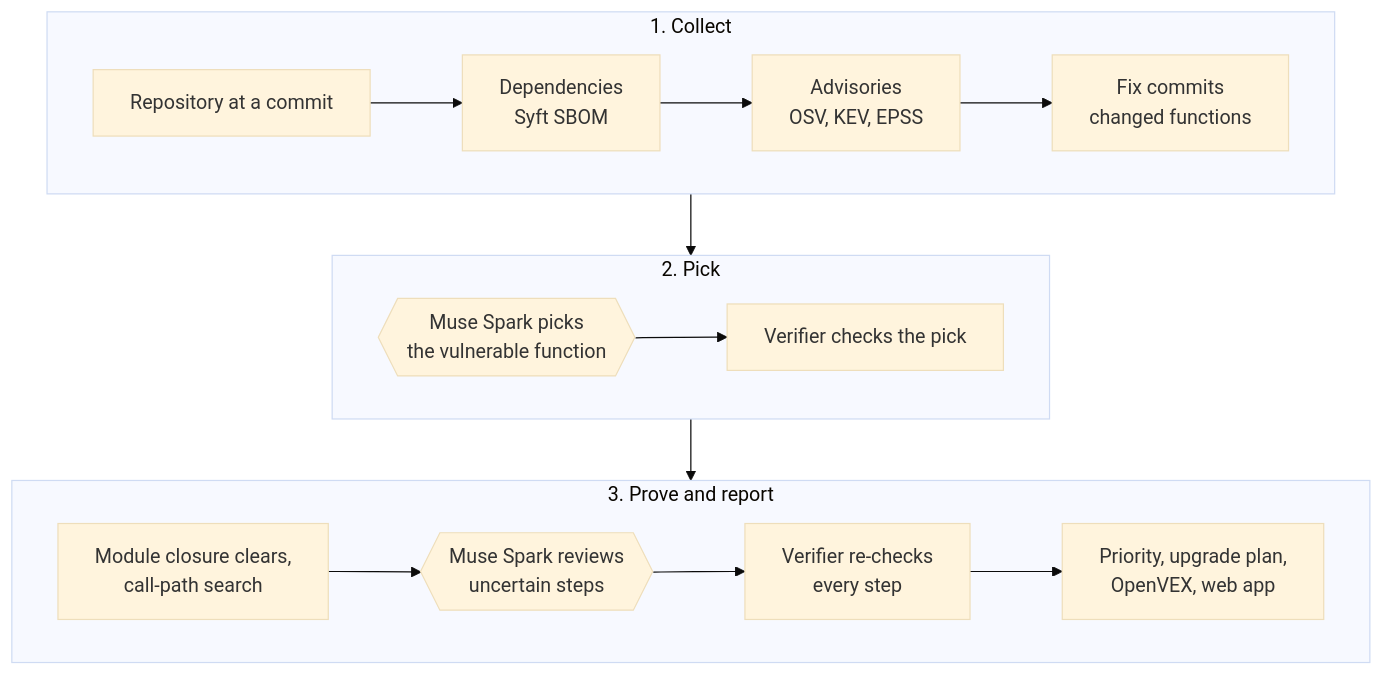
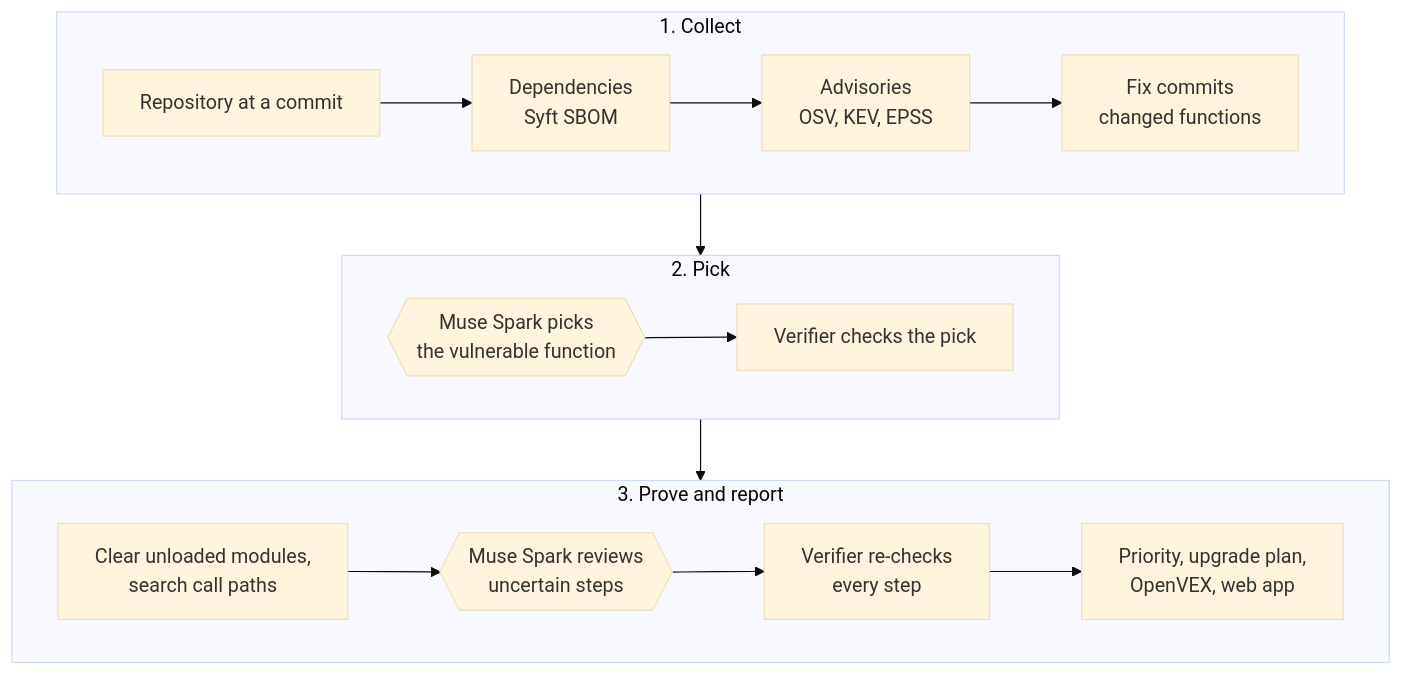
One commit to henrymbuguak/vexproof changed the diagram in README.md. Above: the diagram before and after it, drawn with Mermaid (base theme). The commit also changed other lines of this file and 1 other file, not shown here.

Commit message:
docs: README for judges; Muse Spark Open by default; stop tracking ad-hoc output

````diff
--- a/README.md
+++ b/README.md
@@ -62,16 +89,16 @@
 ```mermaid
 flowchart TB
     subgraph collect ["1. Collect"]
         direction LR
         A[Repository at a commit] --> B[Dependencies<br/>Syft SBOM] --> C[Advisories<br/>OSV, KEV, EPSS] --> D[Fix commits<br/>changed functions]
     end
     subgraph pick ["2. Pick"]
         direction LR
         E{{Muse Spark picks<br/>the vulnerable function}} --> F[Verifier checks the pick]
     end
     subgraph prove ["3. Prove and report"]
         direction LR
-        G[Module closure clears,<br/>call-path search] --> H{{Muse Spark reviews<br/>uncertain steps}} --> I[Verifier re-checks<br/>every step] --> J[Priority, upgrade plan,<br/>OpenVEX, web app]
+        G[Clear unloaded modules,<br/>search call paths] --> H{{Muse Spark reviews<br/>uncertain steps}} --> I[Verifier re-checks<br/>every step] --> J[Priority, upgrade plan,<br/>OpenVEX, web app]
     end
     collect --> pick --> prove
 ```
````
